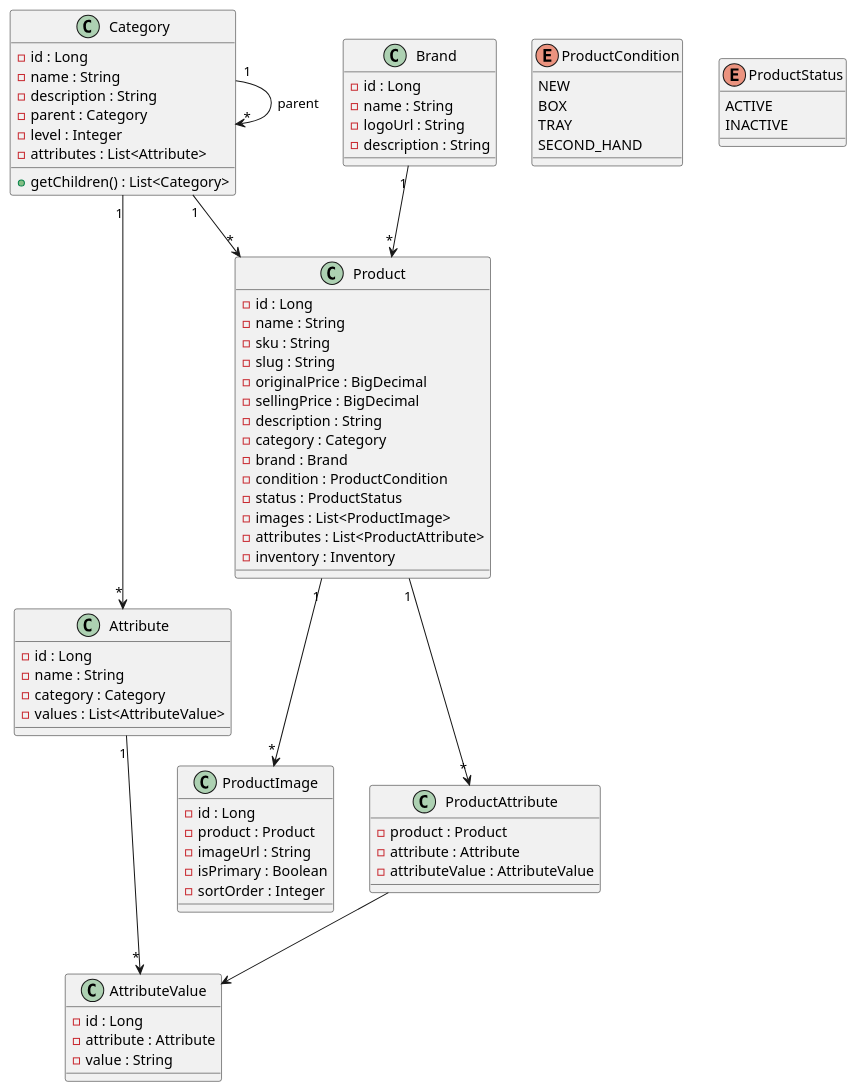
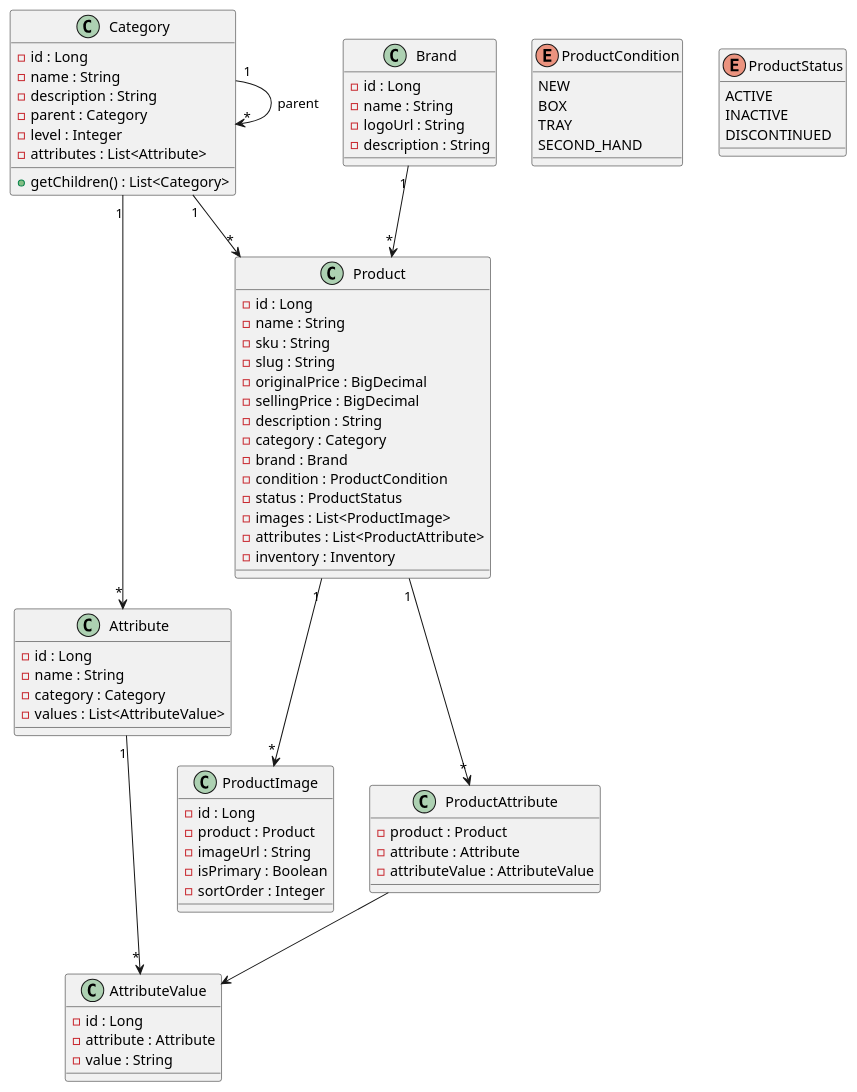
One commit to huuhieu56/PC-Parts-ECommerce changed the fourth of 11 diagrams in docs/design.md. Above: the diagram before and after it, drawn with PlantUML. The commit also changed other lines of this file and 6 other files, not shown here.

```diff
--- a/docs/design.md
+++ b/docs/design.md
@@ -597,6 +597,7 @@
 enum ProductStatus {
     ACTIVE
     INACTIVE
+    DISCONTINUED
 }
 
 Category "1" --> "*" Category : parent
```
